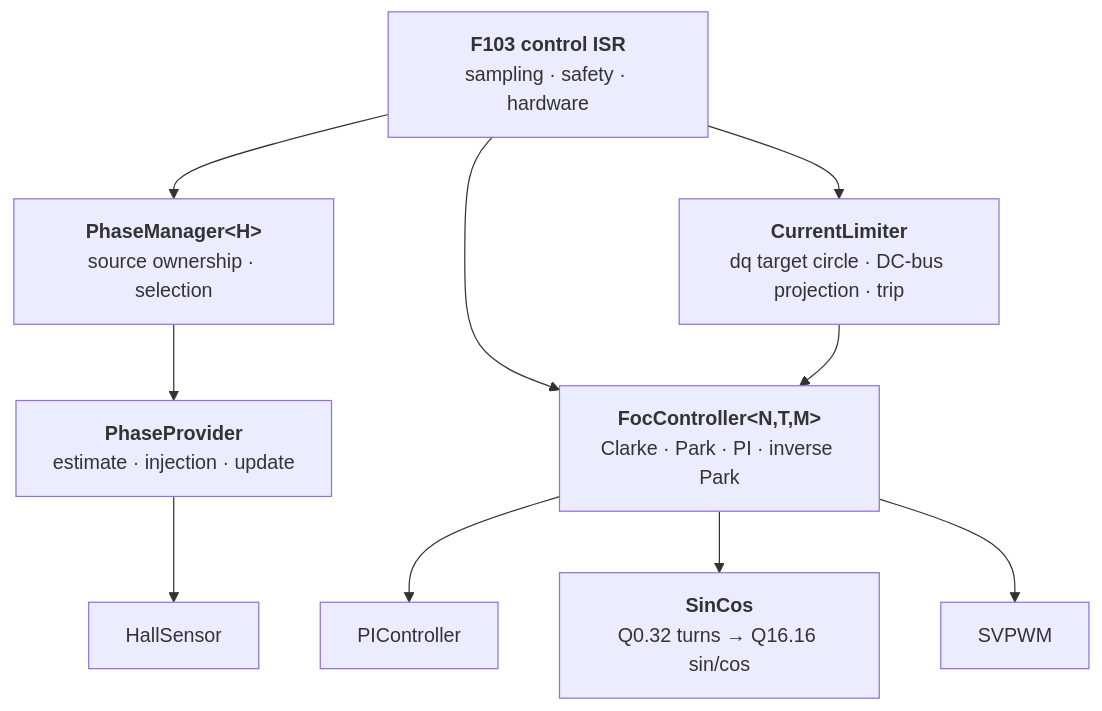
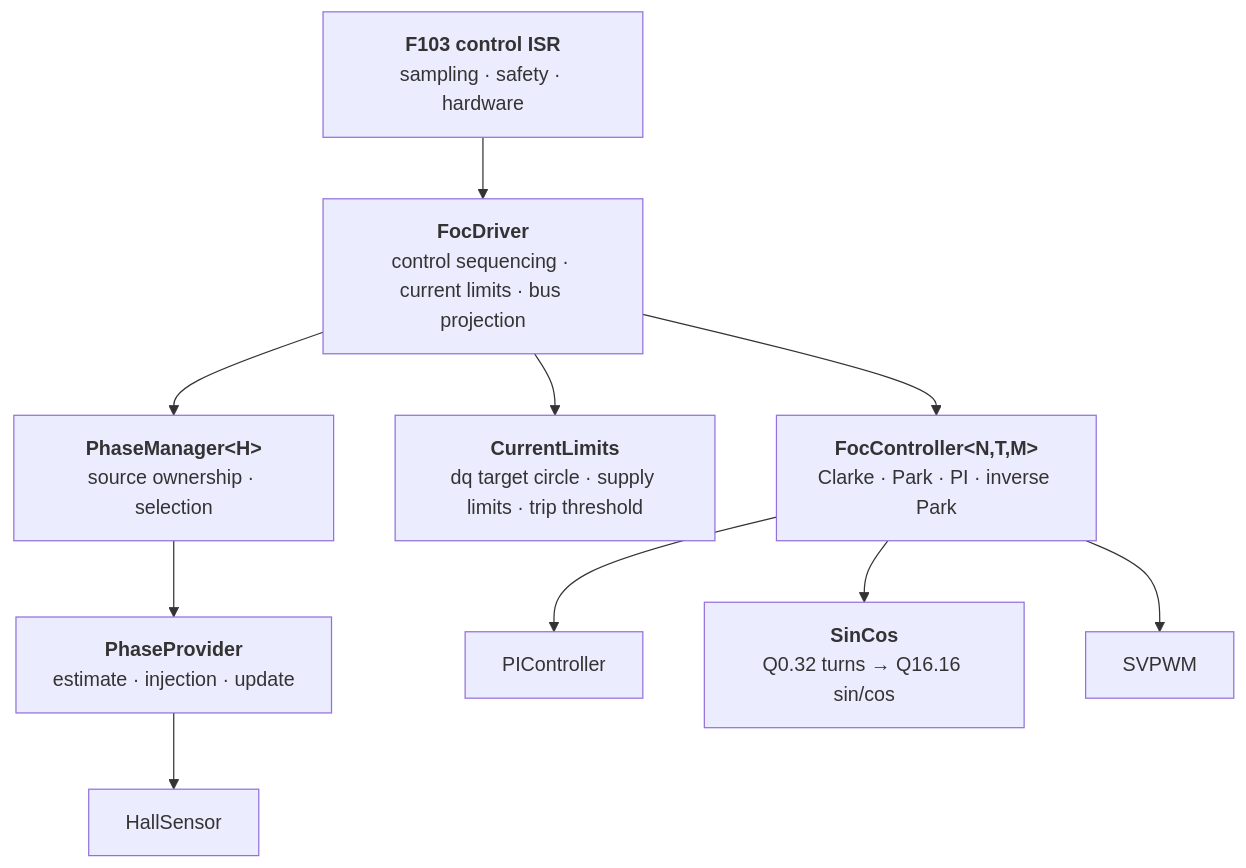
Before and after one commit to reverse-bike/micro-oxifoc: the first of 2 diagrams in README.md, drawn with Mermaid. The commit also changed other lines of this file and 10 other files, not shown here.

````diff
--- a/README.md
+++ b/README.md
@@ -42,12 +42,13 @@
 ```mermaid
 graph TD
-    ISR["<b>F103 control ISR</b><br/>sampling · safety · hardware"] --> PhaseManager
-    ISR --> CurrentLimiter
-    ISR --> FocController
+    ISR["<b>F103 control ISR</b><br/>sampling · safety · hardware"] --> FocDriver
+    FocDriver["<b>FocDriver</b><br/>control sequencing · current limits · bus projection"] --> PhaseManager
+    FocDriver --> CurrentLimits
+    FocDriver --> FocController
     PhaseManager["<b>PhaseManager&lt;H&gt;</b><br/>source ownership · selection"] --> PhaseProvider
     PhaseProvider["<b>PhaseProvider</b><br/>estimate · injection · update"] --> HallSensor
-    CurrentLimiter["<b>CurrentLimiter</b><br/>dq target circle · DC-bus projection · trip"] --> FocController
+    CurrentLimits["<b>CurrentLimits</b><br/>dq target circle · supply limits · trip threshold"]
     FocController["<b>FocController&lt;N,T,M&gt;</b><br/>Clarke · Park · PI · inverse Park"] --> PIController
     FocController --> SinCos["<b>SinCos</b><br/>Q0.32 turns → Q16.16 sin/cos"]
     FocController --> SVPWM
 ```
````
